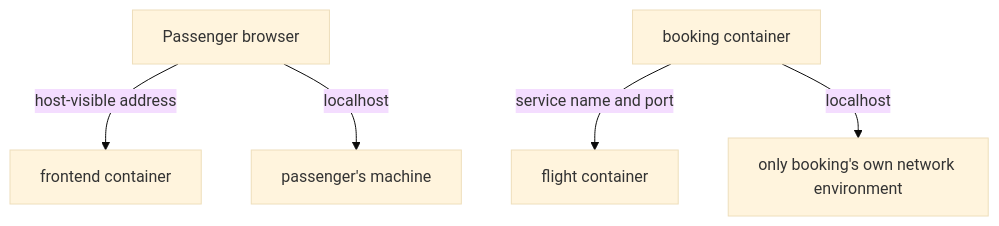
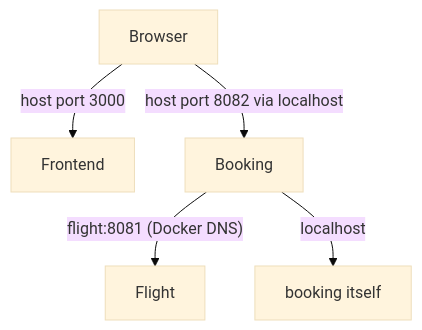
Before and after one commit to darshan-raul/apollo11-docs: the diagram in docs/learn/containers/networks-and-clients.md, drawn with Mermaid (base theme). The commit also changed other lines of this file and 55 other files, not shown here.

````diff
--- a/docs/learn/containers/networks-and-clients.md
+++ b/docs/learn/containers/networks-and-clients.md
@@ -36,7 +26,7 @@
-~~~mermaid
+```mermaid
 flowchart TB
-  Browser[Passenger browser] -->|host-visible address| Frontend[frontend container]
-  Booking[booking container] -->|service name and port| Flight[flight container]
-  Booking -->|localhost| Own[only booking's own network environment]
-  Browser -->|localhost| Laptop[passenger's machine]
-~~~
+  Browser -->|host port 3000| Frontend
+  Browser -->|host port 8082 via localhost| Booking
+  Booking -->|"flight:8081 (Docker DNS)"| Flight
+  Booking -->|localhost| Self[booking itself]
+```
````
